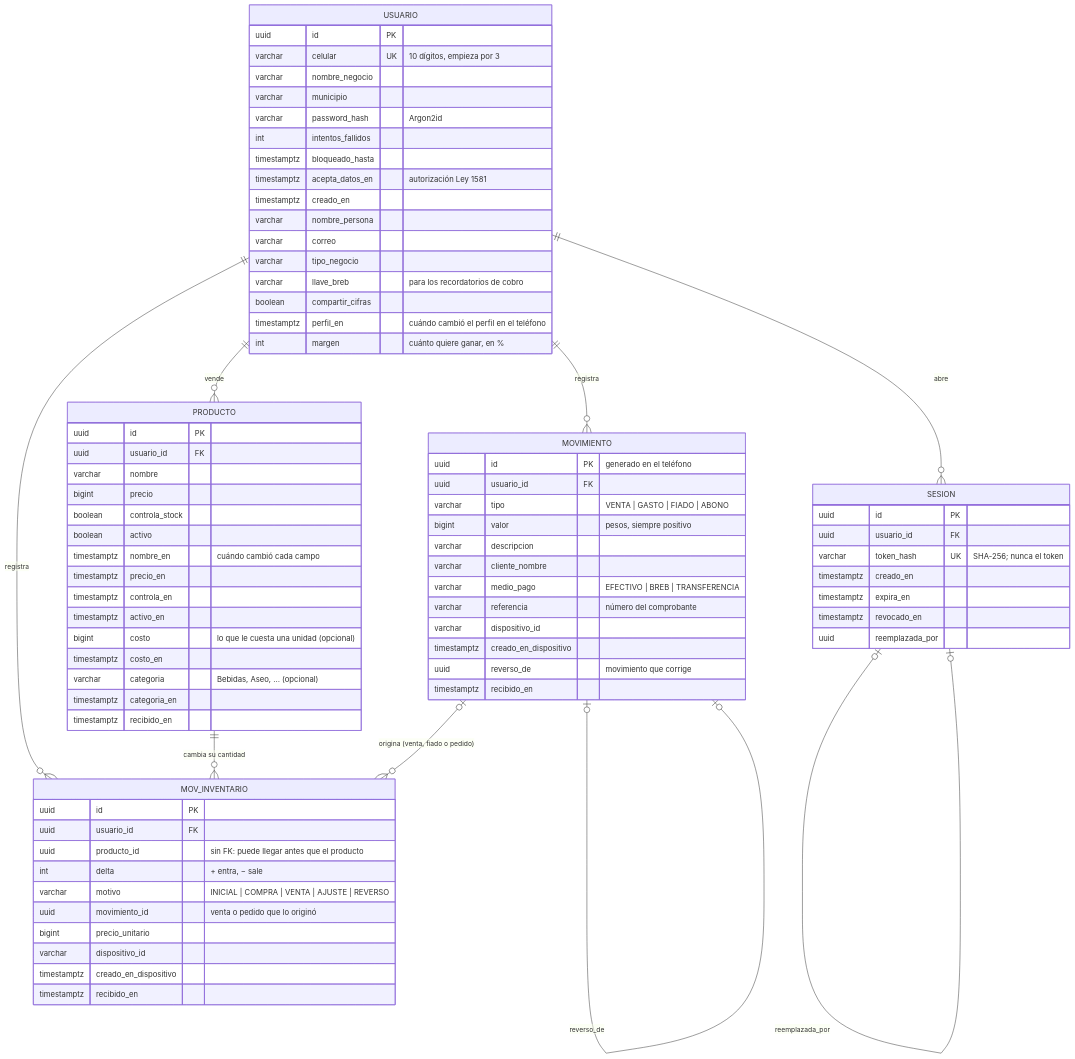
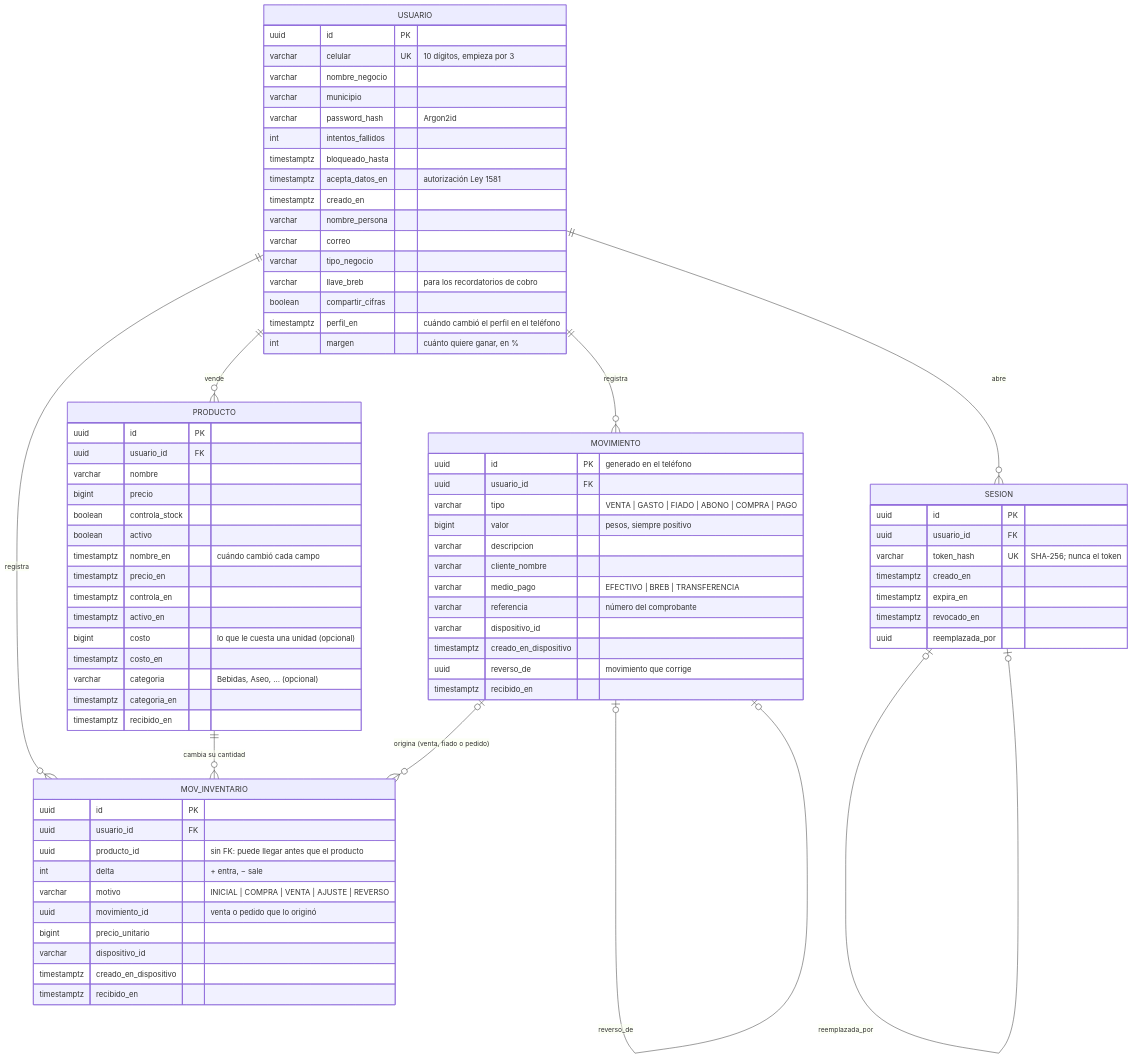
One commit to ricardomb-tech/caporal changed the first of 2 diagrams in documentacion/04-modelo-entidad-relacion.md. Above: the diagram before and after it, drawn with Mermaid. The commit also changed other lines of this file and 36 other files, not shown here.

First line of the commit message:
Proveedores (pedido fiado y Le debo), app adaptada por tipo de negocio y checkpoint

````diff
--- a/documentacion/04-modelo-entidad-relacion.md
+++ b/documentacion/04-modelo-entidad-relacion.md
@@ -14,82 +14,82 @@
 ```mermaid
 erDiagram
     USUARIO ||--o{ MOVIMIENTO : "registra"
     USUARIO ||--o{ PRODUCTO : "vende"
     USUARIO ||--o{ MOV_INVENTARIO : "registra"
     USUARIO ||--o{ SESION : "abre"
     PRODUCTO ||--o{ MOV_INVENTARIO : "cambia su cantidad"
     MOVIMIENTO |o--o{ MOV_INVENTARIO : "origina (venta, fiado o pedido)"
     MOVIMIENTO |o--o| MOVIMIENTO : "reverso_de"
     SESION |o--o| SESION : "reemplazada_por"
 
     USUARIO {
         uuid id PK
         varchar celular UK "10 dígitos, empieza por 3"
         varchar nombre_negocio
         varchar municipio
         varchar password_hash "Argon2id"
         int intentos_fallidos
         timestamptz bloqueado_hasta
         timestamptz acepta_datos_en "autorización Ley 1581"
         timestamptz creado_en
         varchar nombre_persona
         varchar correo
         varchar tipo_negocio
         varchar llave_breb "para los recordatorios de cobro"
         boolean compartir_cifras
         timestamptz perfil_en "cuándo cambió el perfil en el teléfono"
         int margen "cuánto quiere ganar, en %"
     }
     MOVIMIENTO {
         uuid id PK "generado en el teléfono"
         uuid usuario_id FK
-        varchar tipo "VENTA | GASTO | FIADO | ABONO"
+        varchar tipo "VENTA | GASTO | FIADO | ABONO | COMPRA | PAGO"
         bigint valor "pesos, siempre positivo"
         varchar descripcion
         varchar cliente_nombre
         varchar medio_pago "EFECTIVO | BREB | TRANSFERENCIA"
         varchar referencia "número del comprobante"
         varchar dispositivo_id
         timestamptz creado_en_dispositivo
         uuid reverso_de "movimiento que corrige"
         timestamptz recibido_en
     }
     PRODUCTO {
         uuid id PK
         uuid usuario_id FK
         varchar nombre
         bigint precio
         boolean controla_stock
         boolean activo
         timestamptz nombre_en "cuándo cambió cada campo"
         timestamptz precio_en
         timestamptz controla_en
         timestamptz activo_en
         bigint costo "lo que le cuesta una unidad (opcional)"
         timestamptz costo_en
         varchar categoria "Bebidas, Aseo, ... (opcional)"
         timestamptz categoria_en
         timestamptz recibido_en
     }
     MOV_INVENTARIO {
         uuid id PK
         uuid usuario_id FK
         uuid producto_id "sin FK: puede llegar antes que el producto"
         int delta "+ entra, − sale"
         varchar motivo "INICIAL | COMPRA | VENTA | AJUSTE | REVERSO"
         uuid movimiento_id "venta o pedido que lo originó"
         bigint precio_unitario
         varchar dispositivo_id
         timestamptz creado_en_dispositivo
         timestamptz recibido_en
     }
     SESION {
         uuid id PK
         uuid usuario_id FK
         varchar token_hash UK "SHA-256; nunca el token"
         timestamptz creado_en
         timestamptz expira_en
         timestamptz revocado_en
         uuid reemplazada_por
     }
 ```
````
